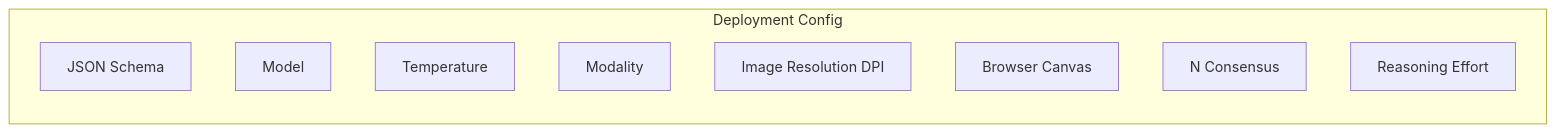
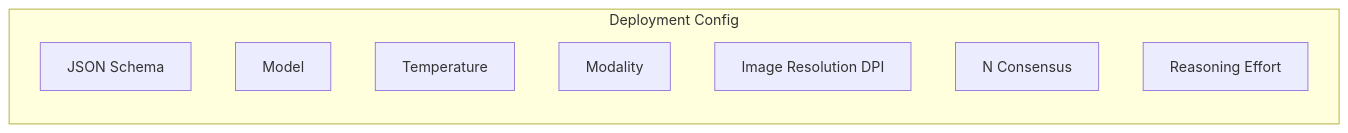
One commit to retab-dev/docs changed the diagram in core-concepts/Projects.mdx. Above: the diagram before and after it, drawn with Mermaid. The commit also changed 3 other files, not shown here.

````diff
--- a/core-concepts/Projects.mdx
+++ b/core-concepts/Projects.mdx
@@ -15,13 +15,12 @@
 ```mermaid
 graph BT
     subgraph DS["Deployment Config"]
         JS["JSON Schema"]
         M["Model"]
         T["Temperature"]
         MOD["Modality"]
         DPI["Image Resolution DPI"]
-        BC["Browser Canvas"]
         NC["N Consensus"]
         RE["Reasoning Effort"]
     end
 ```
````
